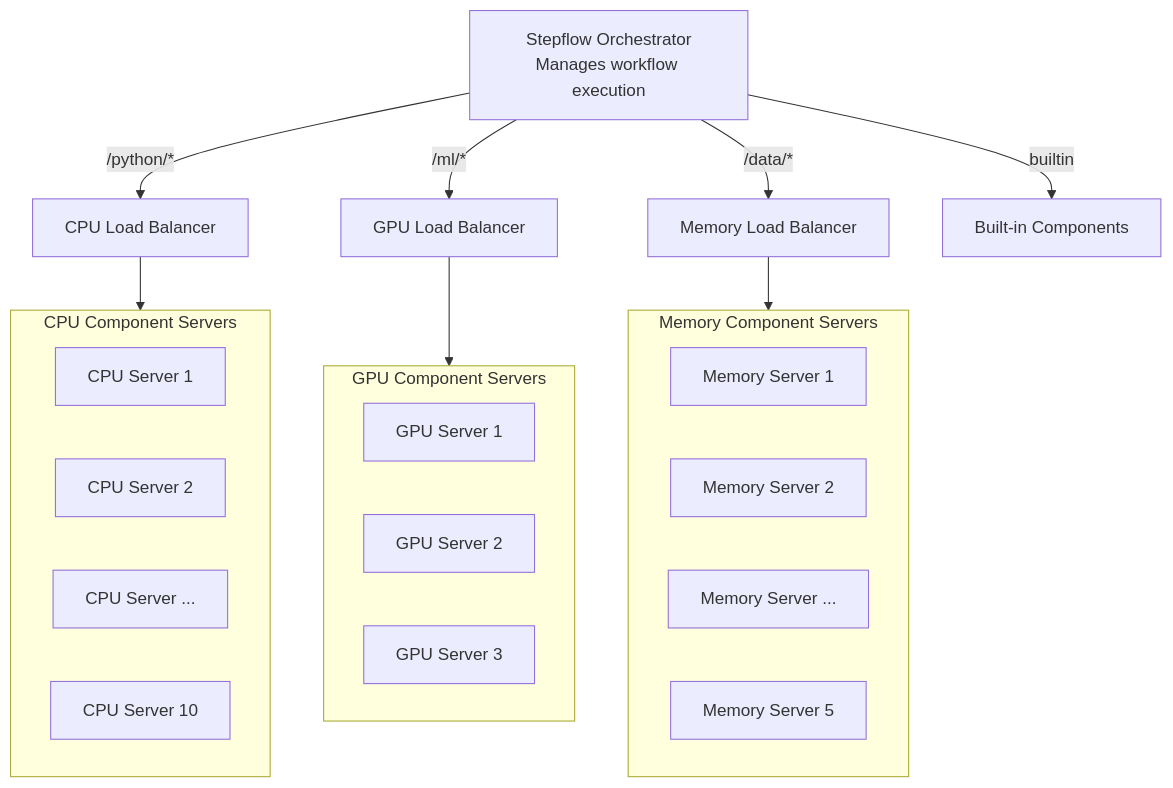
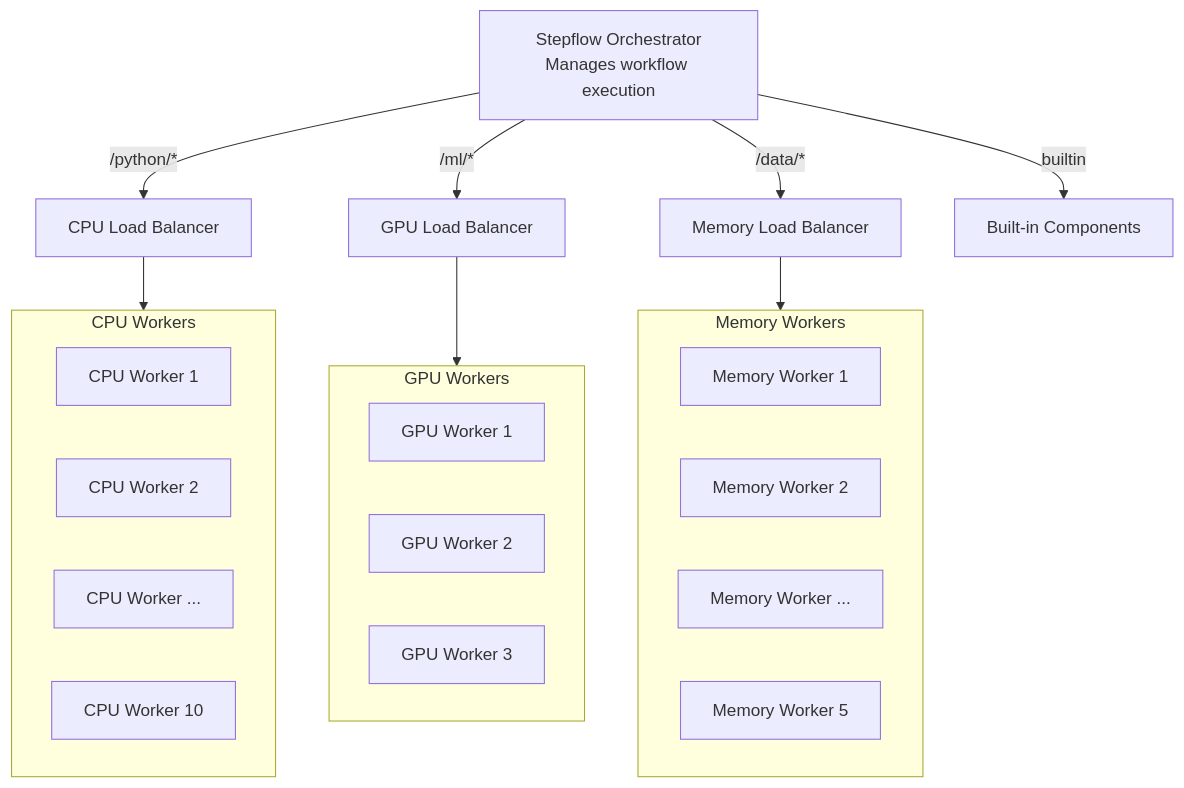
One commit to stepflow-ai/stepflow changed the diagram in docs/docs/deployment/index.md. Above: the diagram before and after it, drawn with Mermaid. The commit also changed other lines of this file and 27 other files, not shown here.

First line of the commit message:
docs: Standardize on 'worker' terminology and promote workers to top-level section (#791)

````diff
--- a/docs/docs/deployment/index.md
+++ b/docs/docs/deployment/index.md
@@ -63,33 +63,33 @@
 ```mermaid
 flowchart TB
     Orch[Stepflow Orchestrator<br/>Manages workflow execution]
     
     Orch -->|/python/*| CPULB[CPU Load Balancer]
     Orch -->|/ml/*| GPULB[GPU Load Balancer]
     Orch -->|/data/*| MemLB[Memory Load Balancer]
     Orch -->|builtin| Builtin[Built-in Components]
     
-    subgraph CPU[CPU Component Servers]
-        CPU1[CPU Server 1]
-        CPU2[CPU Server 2]
-        CPU3[CPU Server ...]
-        CPU4[CPU Server 10]
+    subgraph CPU[CPU Workers]
+        CPU1[CPU Worker 1]
+        CPU2[CPU Worker 2]
+        CPU3[CPU Worker ...]
+        CPU4[CPU Worker 10]
     end
-    
-    subgraph GPU[GPU Component Servers]
-        GPU1[GPU Server 1]
-        GPU2[GPU Server 2]
-        GPU3[GPU Server 3]
+
+    subgraph GPU[GPU Workers]
+        GPU1[GPU Worker 1]
+        GPU2[GPU Worker 2]
+        GPU3[GPU Worker 3]
     end
-    
-    subgraph MEM[Memory Component Servers]
-        MEM1[Memory Server 1]
-        MEM2[Memory Server 2]
-        MEM3[Memory Server ...]
-        MEM4[Memory Server 5]
+
+    subgraph MEM[Memory Workers]
+        MEM1[Memory Worker 1]
+        MEM2[Memory Worker 2]
+        MEM3[Memory Worker ...]
+        MEM4[Memory Worker 5]
     end
     
     CPULB --> CPU
     GPULB --> GPU
     MemLB --> MEM
 ```
````
